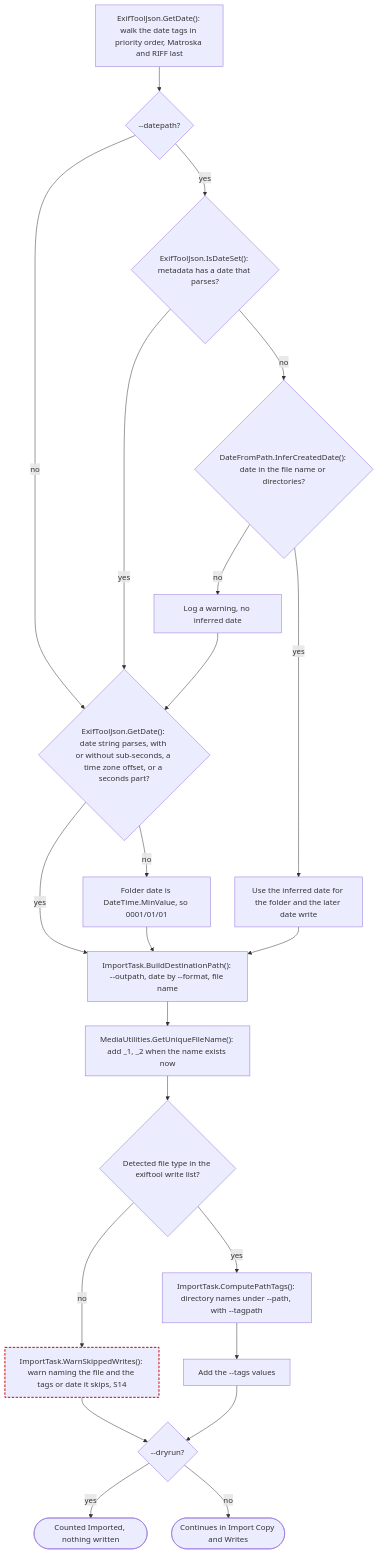
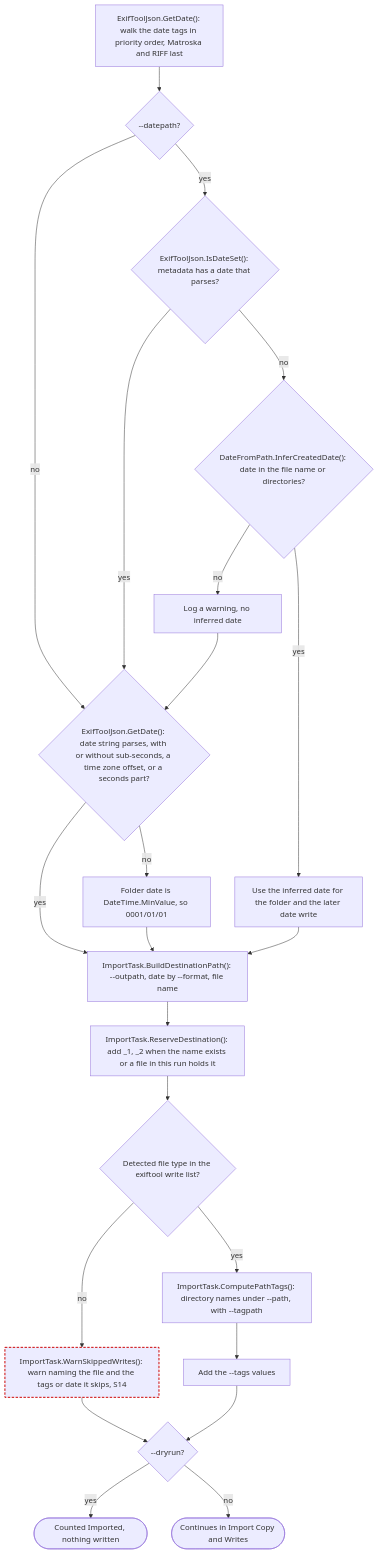
One commit to ptr727/PhotoCleaner changed diagram 12 of 23 in ARCHITECTURE.md. Above: the diagram before and after it, drawn with Mermaid. The commit also changed other lines of this file and 3 other files, not shown here.

First line of the commit message:
Reserve Each Import Destination Name and Skip a Missing Output Folder

````diff
--- a/ARCHITECTURE.md
+++ b/ARCHITECTURE.md
@@ -715,26 +715,26 @@
 ```mermaid
 flowchart TD
   start["ExifToolJson.GetDate(): walk the date tags in priority order, Matroska and RIFF last"]
   start --> dpQ{"--datepath?"}
   dpQ -->|"no"| getDate
   dpQ -->|"yes"| setQ{"ExifToolJson.IsDateSet(): metadata has a date that parses?"}
   setQ -->|"yes"| getDate{"ExifToolJson.GetDate(): date string parses, with or without sub-seconds, a time zone offset, or a seconds part?"}
   setQ -->|"no"| infer{"DateFromPath.InferCreatedDate(): date in the file name or directories?"}
   infer -->|"yes"| inferred["Use the inferred date for the folder and the later date write"]
   infer -->|"no"| inferWarn["Log a warning, no inferred date"]
   inferWarn --> getDate
   getDate -->|"yes"| build
   getDate -->|"no"| minDate["Folder date is DateTime.MinValue, so 0001/01/01"]
   minDate --> build
   inferred --> build["ImportTask.BuildDestinationPath(): --outpath, date by --format, file name"]
-  build --> unique["MediaUtilities.GetUniqueFileName(): add _1, _2 when the name exists now"]
+  build --> unique["ImportTask.ReserveDestination(): add _1, _2 when the name exists or a file in this run holds it"]
   unique --> writeQ{"Detected file type in the exiftool write list?"}
   writeQ -->|"no"| dropped["ImportTask.WarnSkippedWrites(): warn naming the file and the tags or date it skips, S14"]:::suspect
   writeQ -->|"yes"| tags["ImportTask.ComputePathTags(): directory names under --path, with --tagpath"]
   tags --> addTags["Add the --tags values"]
   dropped --> dryQ{"--dryrun?"}
   addTags --> dryQ
   dryQ -->|"yes"| dryImported(["Counted Imported, nothing written"])
   dryQ -->|"no"| next(["Continues in Import Copy and Writes"])
   classDef suspect stroke:#c00,stroke-width:2px,stroke-dasharray:5 3
 ```
````
